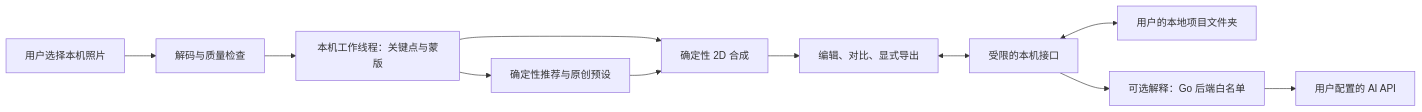
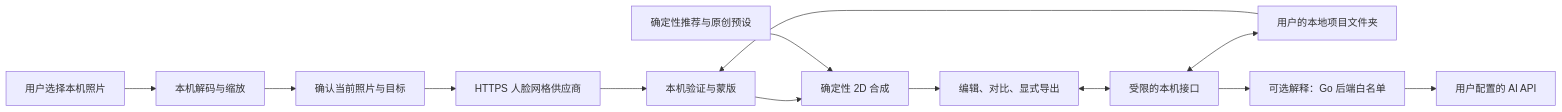
One commit to mutou01/makeup-face changed the diagram in docs/architecture.md. Above: the diagram before and after it, drawn with Mermaid. The commit also changed other lines of this file and 23 other files, not shown here.

````diff
--- a/docs/architecture.md
+++ b/docs/architecture.md
@@ -7,13 +7,15 @@
 ```mermaid
 flowchart LR
-  File[用户选择本机照片] --> Input[解码与质量检查]
-  Input --> Worker[本机工作线程：关键点与蒙版]
-  Worker --> Recommend[确定性推荐与原创预设]
+  File[用户选择本机照片] --> Input[本机解码与缩放]
+  Input --> Consent[确认当前照片与目标]
+  Consent --> Face[HTTPS 人脸网格供应商]
+  Face --> Worker[本机验证与蒙版]
+  Storage --> Worker
   Worker --> Render[确定性 2D 合成]
-  Recommend --> Render
+  Recommend[确定性推荐与原创预设] --> Render
   Render --> UI[编辑、对比、显式导出]
   UI <--> Bridge[受限的本机接口]
   Bridge <--> Storage[用户的本地项目文件夹]
   Bridge --> Explain[可选解释：Go 后端白名单]
   Explain --> AI[用户配置的 AI API]
 ```
````
